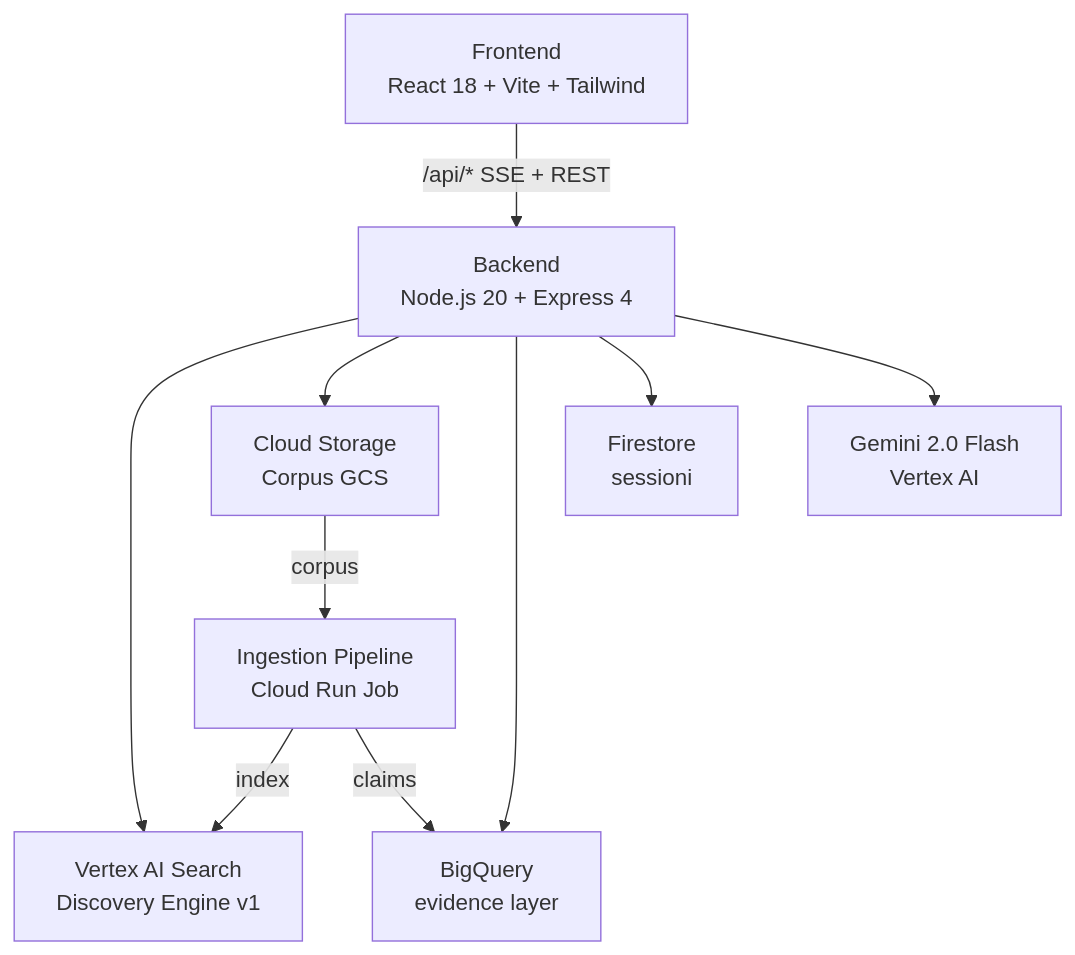
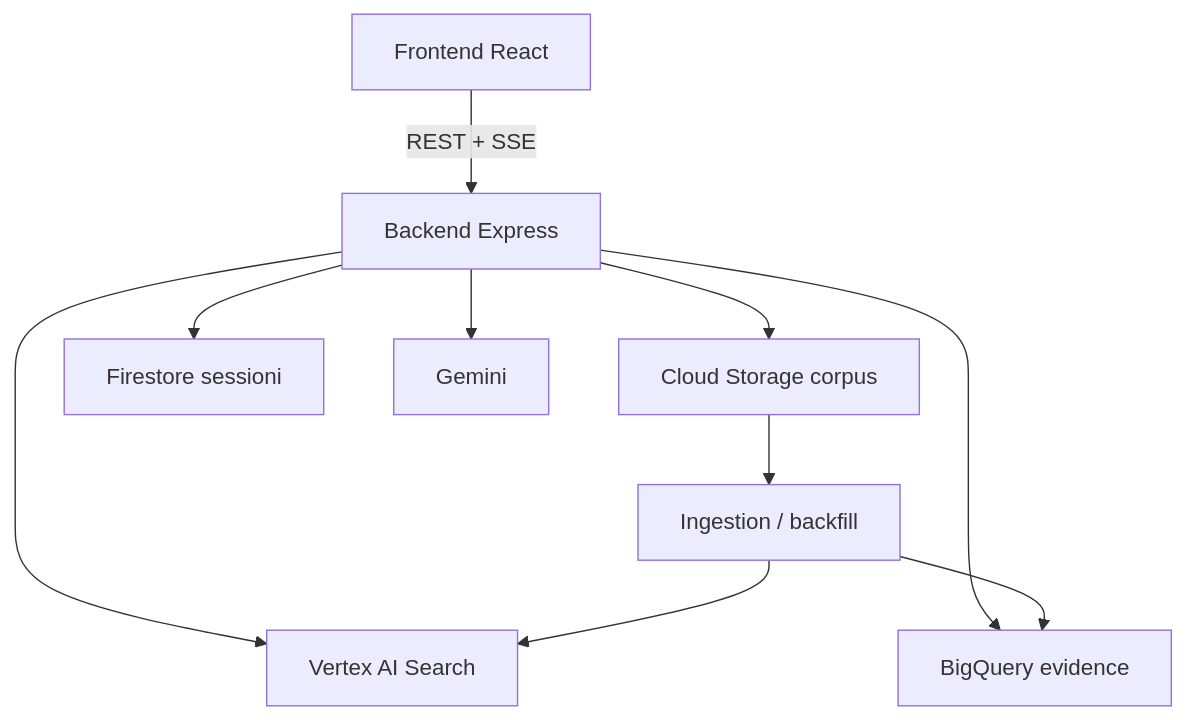
One commit to 3n1gm496/moby-prince changed the diagram in README.md. Above: the diagram before and after it, drawn with Mermaid. The commit also changed other lines of this file and 43 other files, not shown here.

````diff
--- a/README.md
+++ b/README.md
@@ -14,21 +27,21 @@
 ```mermaid
 graph TD
-    FE["Frontend\nReact 18 + Vite + Tailwind"]
-    BE["Backend\nNode.js 20 + Express 4"]
-    DE["Vertex AI Search\nDiscovery Engine v1"]
-    GCS["Cloud Storage\nCorpus GCS"]
-    BQ["BigQuery\nevidence layer"]
-    FS["Firestore\nsessioni"]
-    GM["Gemini 2.0 Flash\nVertex AI"]
-    ING["Ingestion Pipeline\nCloud Run Job"]
+    FE["Frontend React"]
+    BE["Backend Express"]
+    DE["Vertex AI Search"]
+    BQ["BigQuery evidence"]
+    GCS["Cloud Storage corpus"]
+    FS["Firestore sessioni"]
+    GM["Gemini"]
+    ING["Ingestion / backfill"]
 
-    FE -->|"/api/* SSE + REST"| BE
+    FE -->|REST + SSE| BE
     BE --> DE
+    BE --> BQ
     BE --> GCS
-    BE --> BQ
     BE --> FS
     BE --> GM
-    ING -->|"index"| DE
-    ING -->|"claims"| BQ
-    GCS -->|"corpus"| ING
+    GCS --> ING
+    ING --> DE
+    ING --> BQ
 ```
````
